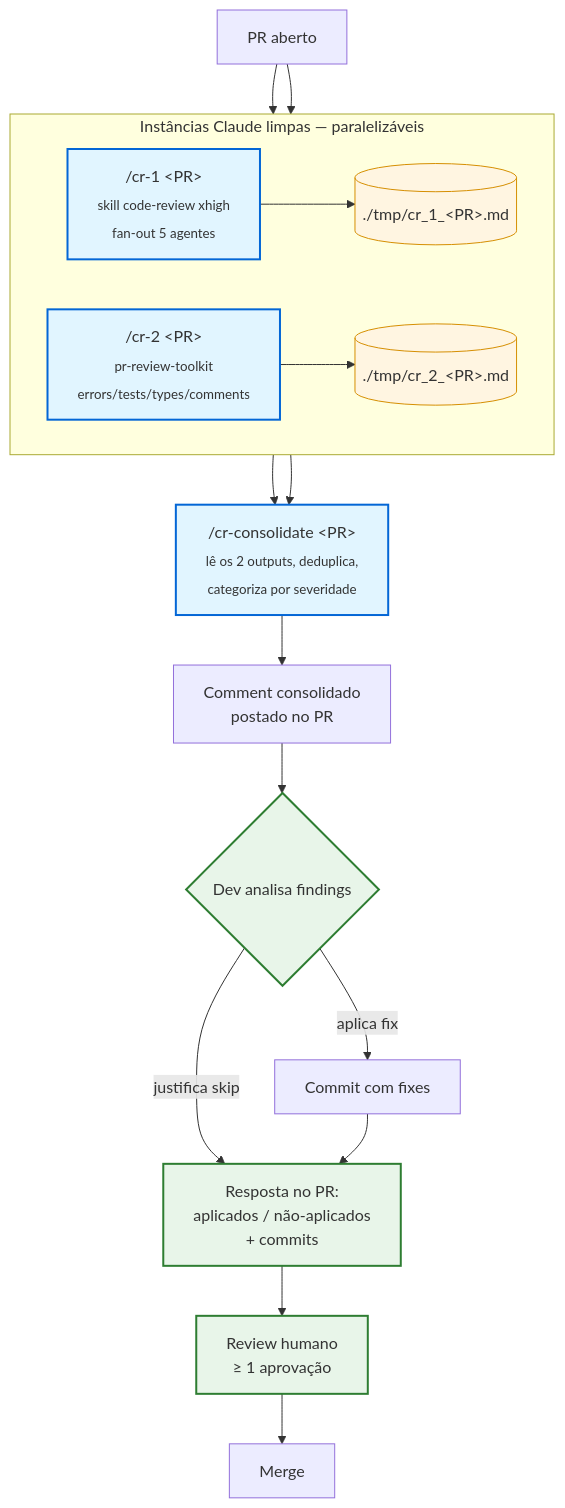
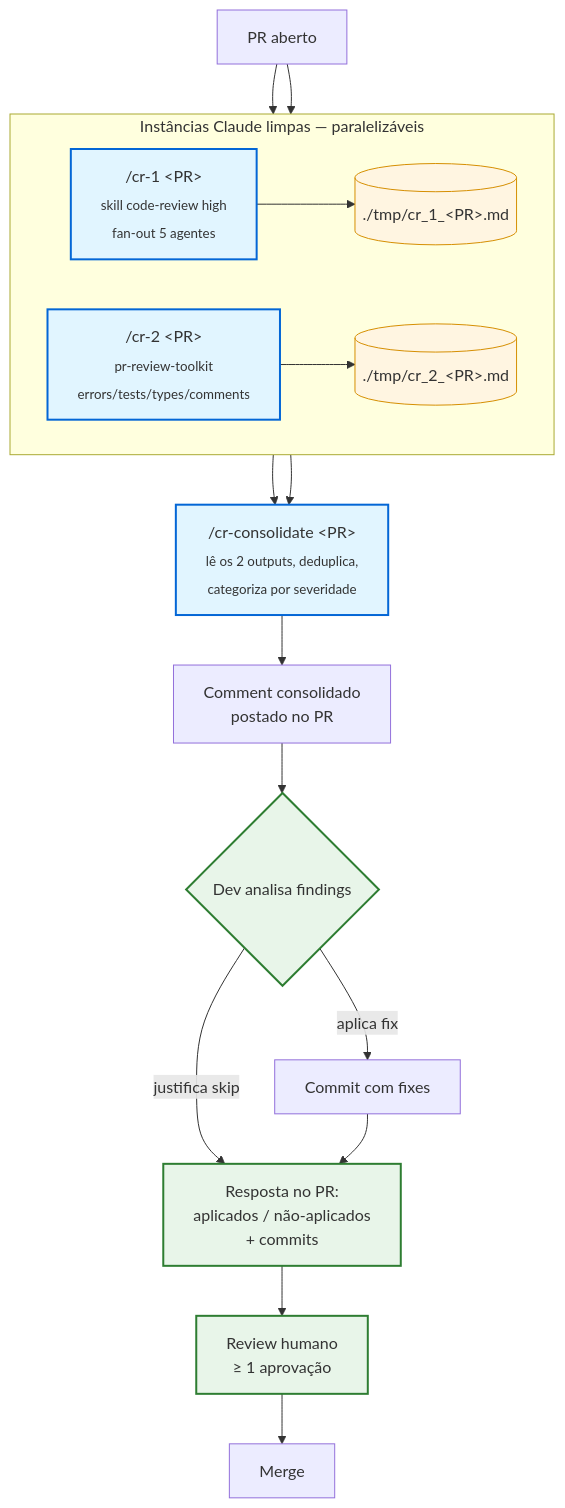
One commit to portabilis/i-diario changed the diagram in docs/code-review-agentico.md. Above: the diagram before and after it, drawn with Mermaid. The commit also changed other lines of this file and 2 other files, not shown here.

First line of the commit message:
chore: reduz effort do code review baseline de xhigh para high

````diff
--- a/docs/code-review-agentico.md
+++ b/docs/code-review-agentico.md
@@ -34,29 +34,29 @@
 ```mermaid
 flowchart TD
     A[PR aberto] --> B
     A --> C
 
     subgraph paralelo ["Instâncias Claude limpas — paralelizáveis"]
         direction LR
-        B["/cr-1 &lt;PR&gt;<br/><sub>skill code-review xhigh<br/>fan-out 5 agentes</sub>"] --> B1[("./tmp/cr_1_&lt;PR&gt;.md")]
+        B["/cr-1 &lt;PR&gt;<br/><sub>skill code-review high<br/>fan-out 5 agentes</sub>"] --> B1[("./tmp/cr_1_&lt;PR&gt;.md")]
         C["/cr-2 &lt;PR&gt;<br/><sub>pr-review-toolkit<br/>errors/tests/types/comments</sub>"] --> C1[("./tmp/cr_2_&lt;PR&gt;.md")]
     end
 
     B1 --> D
     C1 --> D
     D["/cr-consolidate &lt;PR&gt;<br/><sub>lê os 2 outputs, deduplica,<br/>categoriza por severidade</sub>"] --> E[Comment consolidado<br/>postado no PR]
 
     E --> F{Dev analisa findings}
     F -->|aplica fix| G[Commit com fixes]
     F -->|justifica skip| H["Resposta no PR:<br/>aplicados / não-aplicados<br/>+ commits"]
     G --> H
     H --> I[Review humano<br/>≥ 1 aprovação]
     I --> J[Merge]
 
     classDef cmd fill:#e1f5ff,stroke:#0366d6,stroke-width:2px
     classDef file fill:#fff5e1,stroke:#d68f02,stroke-width:1px
     classDef human fill:#e8f5e9,stroke:#2e7d32,stroke-width:2px
     class B,C,D cmd
     class B1,C1 file
     class F,H,I human
 ```
````
